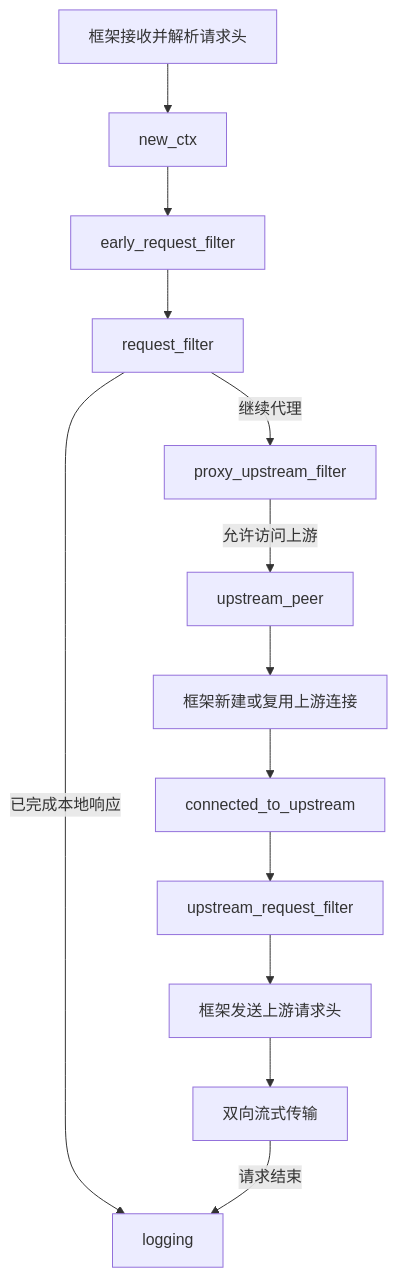
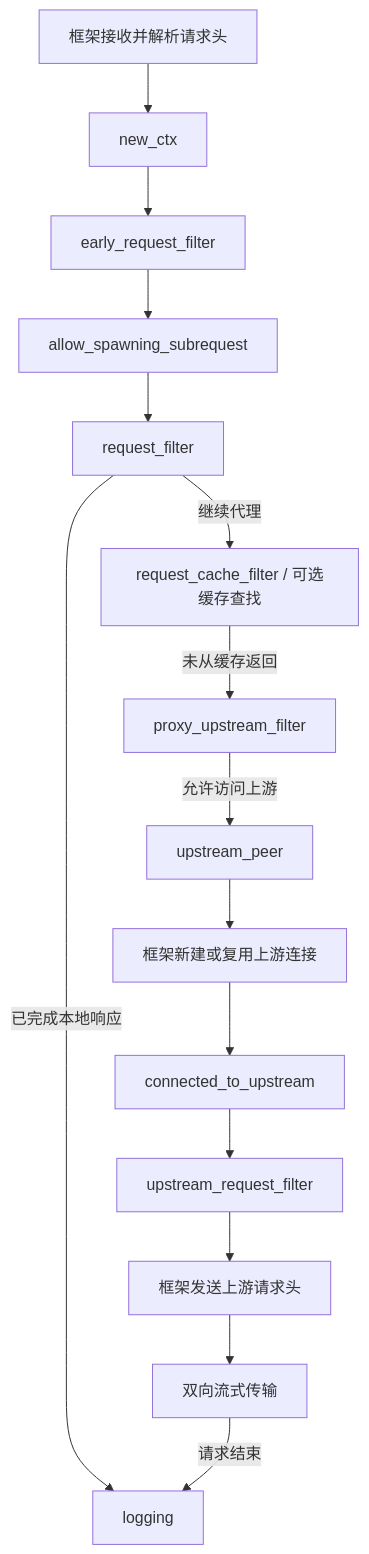
One commit to mosenet-labs/llmproxy changed the diagram in docs/06-pingora-request-lifecycle.md. Above: the diagram before and after it, drawn with Mermaid. The commit also changed other lines of this file, not shown here.

Commit message:
Document Pingora ProxyHttp phases

````diff
--- a/docs/06-pingora-request-lifecycle.md
+++ b/docs/06-pingora-request-lifecycle.md
@@ -28,15 +28,17 @@
 ```mermaid
 flowchart TD
     A["框架接收并解析请求头"] --> B["new_ctx"]
     B --> C["early_request_filter"]
-    C --> D["request_filter"]
+    C --> C1["allow_spawning_subrequest"]
+    C1 --> D["request_filter"]
     D -->|"已完成本地响应"| L["logging"]
-    D -->|"继续代理"| E["proxy_upstream_filter"]
+    D -->|"继续代理"| C2["request_cache_filter / 可选缓存查找"]
+    C2 -->|"未从缓存返回"| E["proxy_upstream_filter"]
     E -->|"允许访问上游"| F["upstream_peer"]
     F --> G["框架新建或复用上游连接"]
     G --> H["connected_to_upstream"]
     H --> I["upstream_request_filter"]
     I --> J["框架发送上游请求头"]
     J --> K["双向流式传输"]
     K -->|"请求结束"| L
 ```
````
